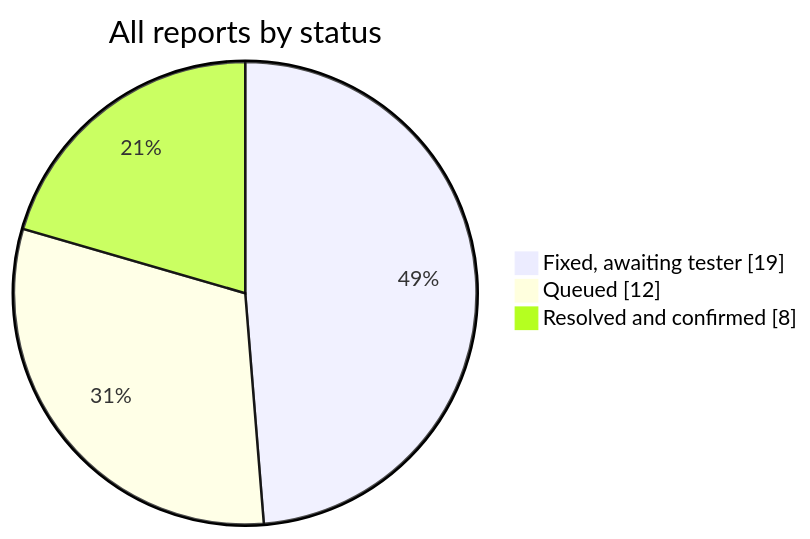
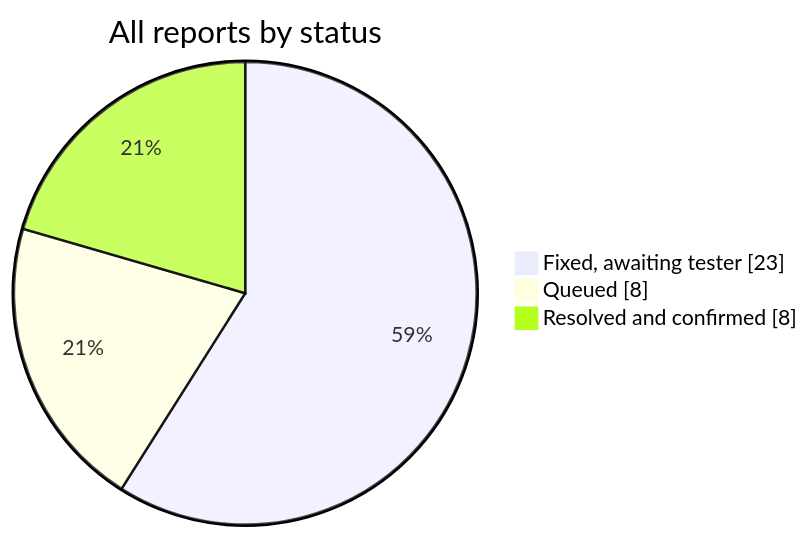
The first of 3 diagrams in README.md (silkyclouds/pmda-tracker), drawn with Mermaid before and after one commit. The commit also changed other lines of this file, not shown here.

Commit message:
Refresh the progress dashboard

````diff
--- a/README.md
+++ b/README.md
@@ -15,6 +15,6 @@
 ```mermaid
 pie showData title All reports by status
-    "Fixed, awaiting tester" : 19
-    "Queued" : 12
+    "Fixed, awaiting tester" : 23
+    "Queued" : 8
     "Resolved and confirmed" : 8
 ```
````
